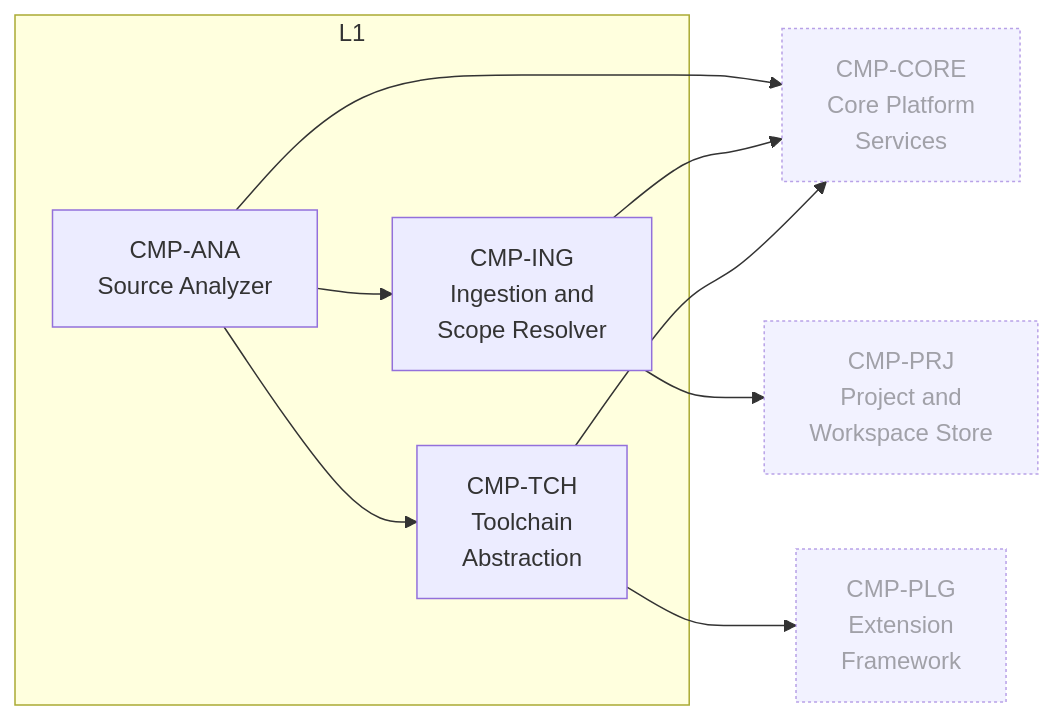
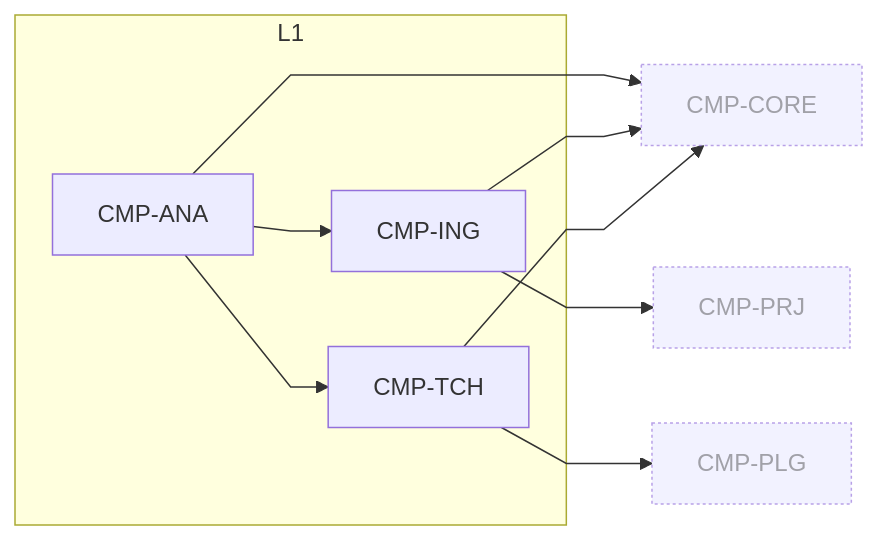
One commit to suduli/embedded-c-unit-test-tool changed the fourth of 9 diagrams in design/architecture-diagrams.md. Above: the diagram before and after it, drawn with Mermaid. The commit also changed other lines of this file and 11 other files, not shown here.

First line of the commit message:
Fix non-uniform boxes and curved edges in the Mermaid diagrams; drop D2

````diff
--- a/design/architecture-diagrams.md
+++ b/design/architecture-diagrams.md
@@ -188,20 +220,21 @@
 ```mermaid
+%%{init: {'flowchart': {'curve': 'linear'}}}%%
 flowchart LR
   subgraph L1["L1"]
-    CMP_ANA["CMP-ANA<br/>Source Analyzer"]
-    CMP_ING["CMP-ING<br/>Ingestion and<br/>Scope Resolver"]
-    CMP_TCH["CMP-TCH<br/>Toolchain<br/>Abstraction"]
+    CMP_ANA["CMP-ANA"]
+    CMP_ING["CMP-ING"]
+    CMP_TCH["CMP-TCH"]
   end
-  CMP_CORE["CMP-CORE<br/>Core Platform<br/>Services"]
-  CMP_PLG["CMP-PLG<br/>Extension<br/>Framework"]
-  CMP_PRJ["CMP-PRJ<br/>Project and<br/>Workspace Store"]
+  CMP_CORE["CMP-CORE"]
+  CMP_PLG["CMP-PLG"]
+  CMP_PRJ["CMP-PRJ"]
   CMP_ANA --> CMP_CORE
   CMP_ANA --> CMP_ING
   CMP_ANA --> CMP_TCH
   CMP_ING --> CMP_CORE
   CMP_ING --> CMP_PRJ
   CMP_TCH --> CMP_CORE
   CMP_TCH --> CMP_PLG
   classDef ext stroke-dasharray:2 2,opacity:0.65
   class CMP_CORE,CMP_PLG,CMP_PRJ ext
 ```
````
